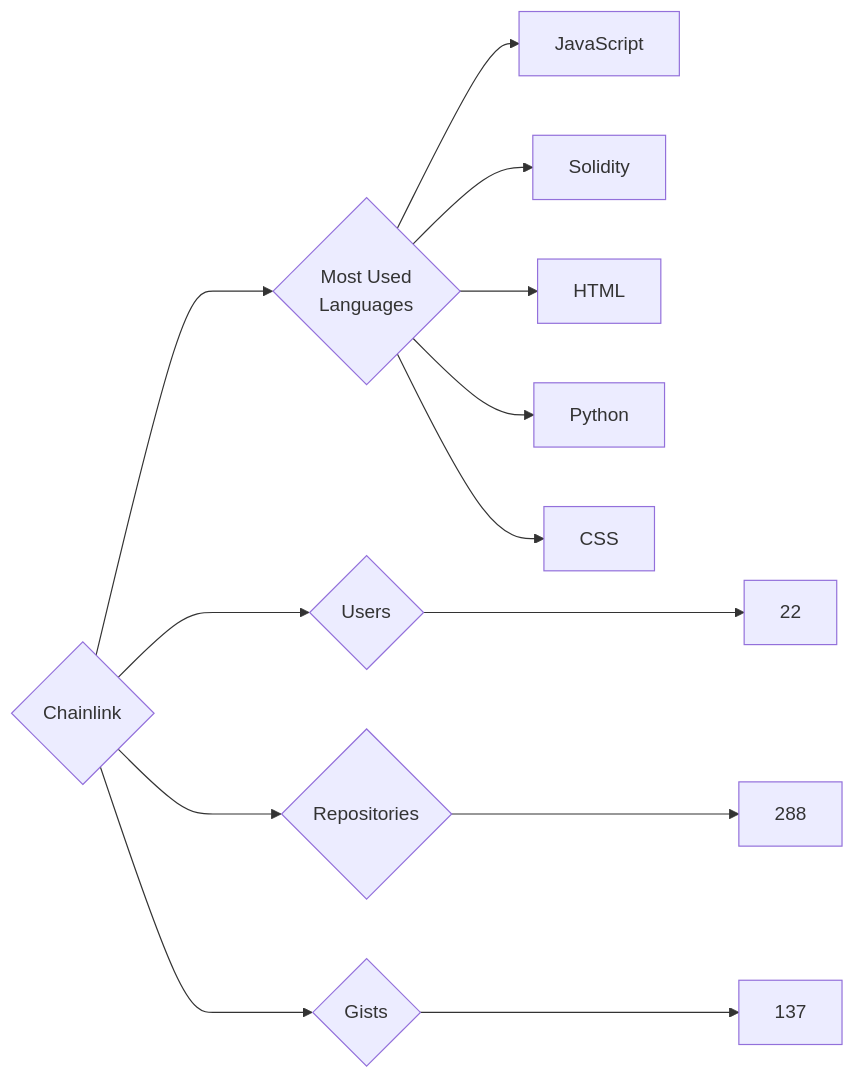
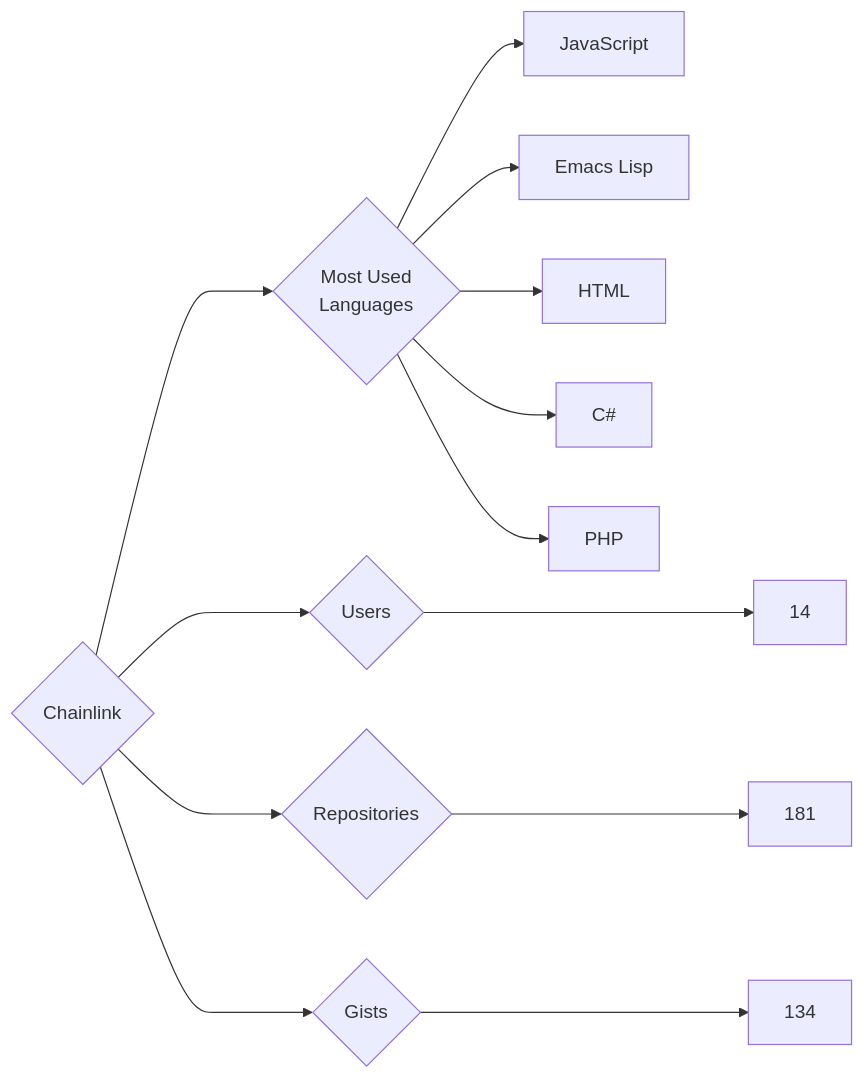
The diagram in targets/Chainlink/README.md (trickest/insiders), drawn with Mermaid before and after one commit. The commit also changed 553 other files, not shown here.

````diff
--- a/targets/Chainlink/README.md
+++ b/targets/Chainlink/README.md
@@ -3,13 +3,13 @@
 ```mermaid
 graph LR
 COMPANY_NAME{Chainlink}
-COMPANY_NAME ---> U{Users} ---> UN[22]
-COMPANY_NAME ---> R{Repositories} ---> RN[288]
-COMPANY_NAME ---> G{Gists} ---> GN[137]
+COMPANY_NAME ---> U{Users} ---> UN[14]
+COMPANY_NAME ---> R{Repositories} ---> RN[181]
+COMPANY_NAME ---> G{Gists} ---> GN[134]
 COMPANY_NAME ---> ML{Most Used<br>Languages}
 ML --> JavaScript[JavaScript]
-ML --> Solidity[Solidity]
+ML --> Emacs_Lisp[Emacs Lisp]
 ML --> HTML[HTML]
-ML --> Python[Python]
-ML --> CSS[CSS]
+ML --> C#[C#]
+ML --> PHP[PHP]
 ```
````
